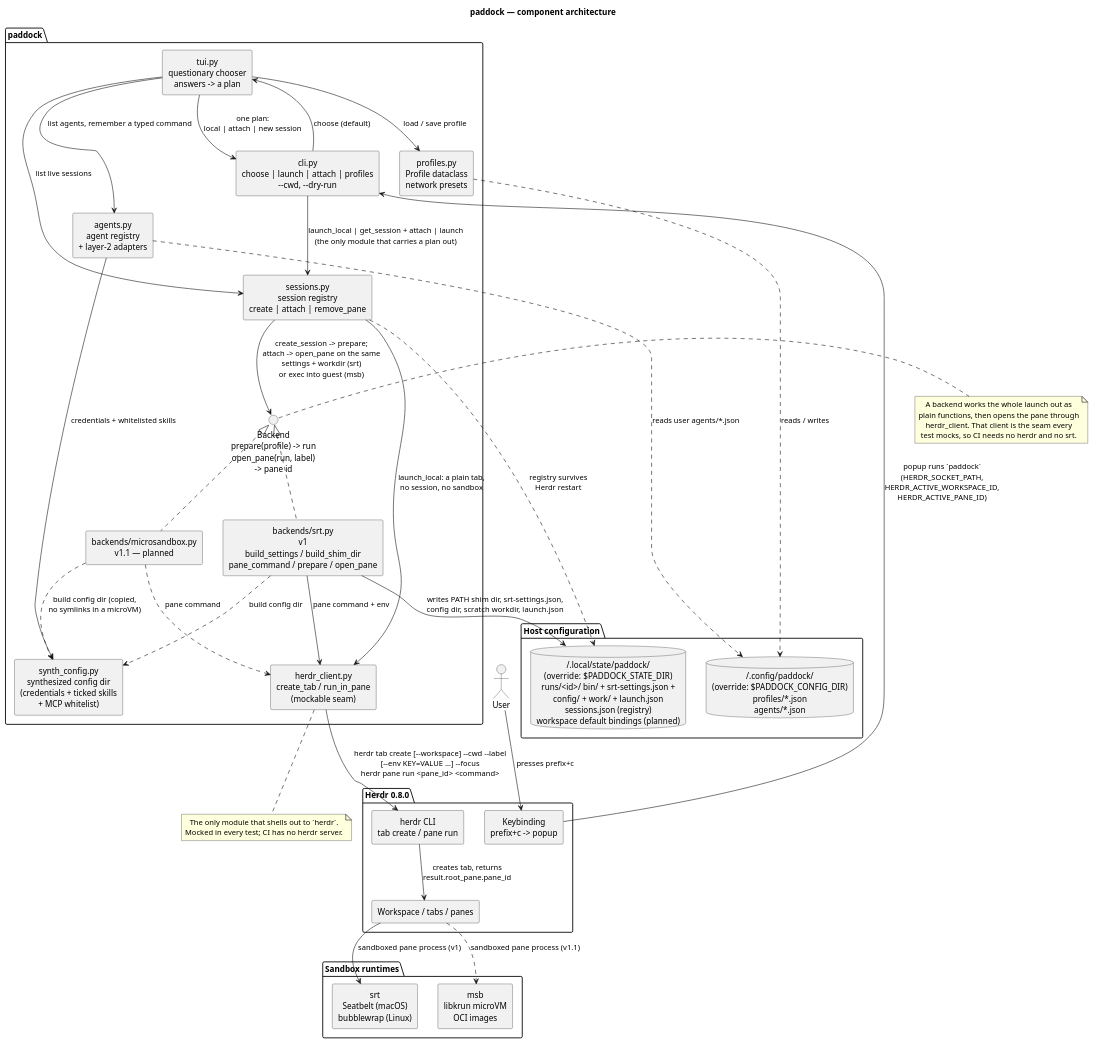
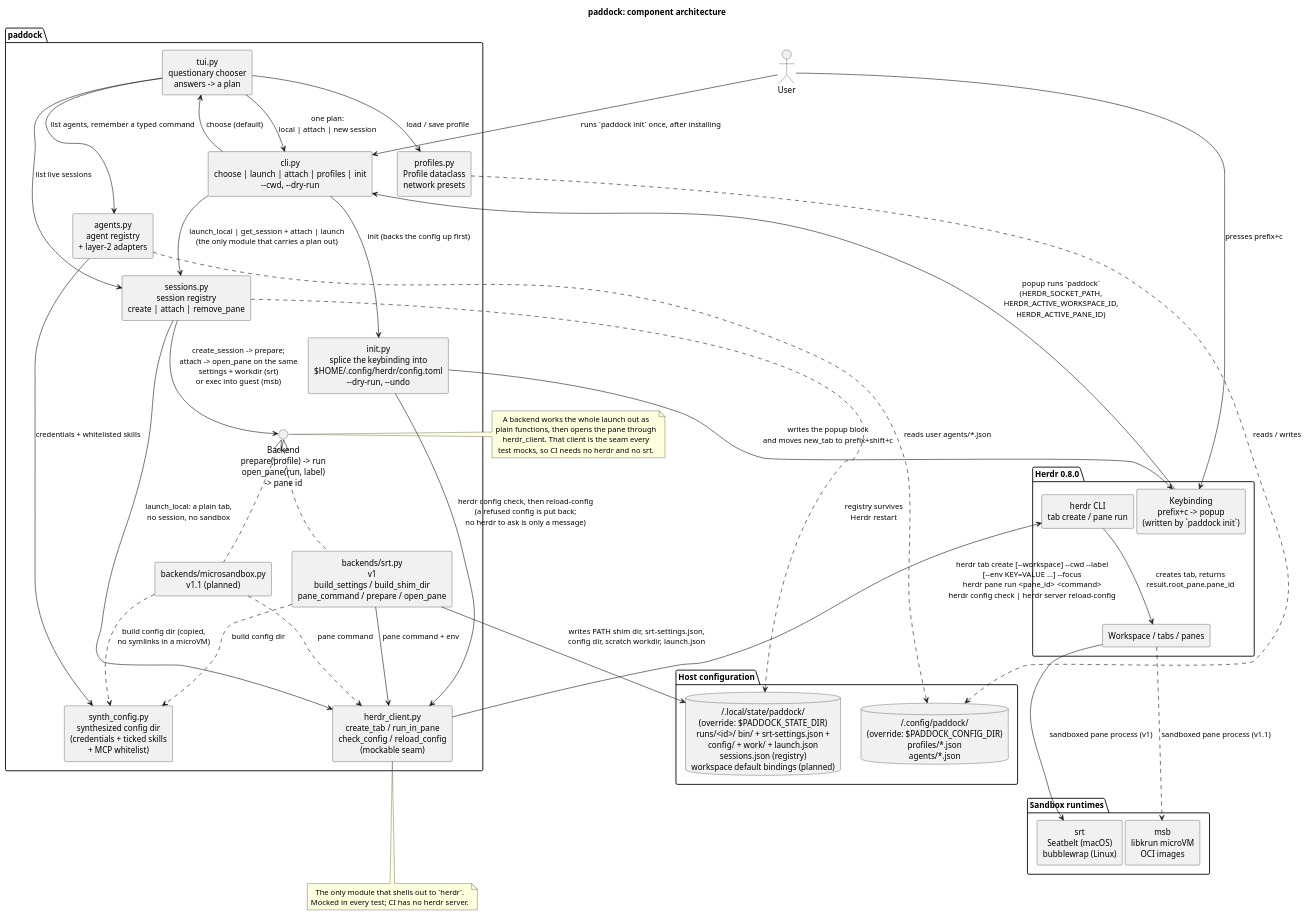
One commit to paddock-sh/paddock changed the diagram in docs/diagrams/architecture.puml. Above: the diagram before and after it, drawn with PlantUML. The commit also changed 27 other files, not shown here.

First line of the commit message:
[sandbox_core_launcher] paddock init (#5)

```diff
--- a/docs/diagrams/architecture.puml
+++ b/docs/diagrams/architecture.puml
@@ -1,80 +1,85 @@
 @startuml architecture
-title paddock — component architecture
+title paddock: component architecture
 
 skinparam componentStyle rectangle
 skinparam shadowing false
 skinparam defaultTextAlignment center
 
 actor User
 
 package "Herdr 0.8.0" {
-  [Keybinding\nprefix+c -> popup] as Keybinding
+  [Keybinding\nprefix+c -> popup\n(written by `paddock init`)] as Keybinding
   [herdr CLI\ntab create / pane run] as HerdrCLI
   [Workspace / tabs / panes] as HerdrUI
 }
 
 package "paddock" {
-  [cli.py\nchoose | launch | attach | profiles\n~--cwd, ~--dry-run] as CLI
+  [cli.py\nchoose | launch | attach | profiles | init\n~--cwd, ~--dry-run] as CLI
+  [init.py\nsplice the keybinding into\n$HOME/.config/herdr/config.toml\n~--dry-run, ~--undo] as Init
   [tui.py\nquestionary chooser\nanswers -> a plan] as TUI
   [sessions.py\nsession registry\ncreate | attach | remove_pane] as Sessions
   [profiles.py\nProfile dataclass\nnetwork presets] as Profiles
   [agents.py\nagent registry\n+ layer-2 adapters] as Agents
   [synth_config.py\nsynthesized config dir\n(credentials + ticked skills\n+ MCP whitelist)] as SynthConfig
   interface "Backend\nprepare(profile) -> run\nopen_pane(run, label)\n-> pane id" as BackendAPI
   [backends/srt.py\nv1\nbuild_settings / build_shim_dir\npane_command / prepare / open_pane] as SrtBackend
-  [backends/microsandbox.py\nv1.1 — planned] as MsbBackend
-  [herdr_client.py\ncreate_tab / run_in_pane\n(mockable seam)] as HerdrClient
+  [backends/microsandbox.py\nv1.1 (planned)] as MsbBackend
+  [herdr_client.py\ncreate_tab / run_in_pane\ncheck_config / reload_config\n(mockable seam)] as HerdrClient
 }
 
 package "Host configuration" {
   database "~/.config/paddock/\n(override: $PADDOCK_CONFIG_DIR)\nprofiles/*.json\nagents/*.json" as ConfigFiles
   database "~/.local/state/paddock/\n(override: $PADDOCK_STATE_DIR)\nruns/<id>/ bin/ + srt-settings.json +\nconfig/ + work/ + launch.json\nsessions.json (registry)\nworkspace default bindings (planned)" as RunDir
 }
 
 package "Sandbox runtimes" {
   [srt\nSeatbelt (macOS)\nbubblewrap (Linux)] as Srt
   [msb\nlibkrun microVM\nOCI images] as Msb
 }
 
+User --> CLI : runs `paddock init` once, after installing
+CLI --> Init : init (backs the config up first)
+Init --> Keybinding : writes the popup block\nand moves new_tab to prefix+shift+c
+Init --> HerdrClient : herdr config check, then reload-config\n(a refused config is put back;\nno herdr to ask is only a message)
 User --> Keybinding : presses prefix+c
 Keybinding --> CLI : popup runs `paddock`\n(HERDR_SOCKET_PATH,\nHERDR_ACTIVE_WORKSPACE_ID,\nHERDR_ACTIVE_PANE_ID)
 CLI --> TUI : choose (default)
 TUI --> CLI : one plan:\nlocal | attach | new session
 TUI --> Profiles : load / save profile
 TUI --> Agents : list agents, remember a typed command
 TUI --> Sessions : list live sessions
 Sessions ..> RunDir : registry survives\nHerdr restart
 Profiles ..> ConfigFiles : reads / writes
 Agents ..> ConfigFiles : reads user agents/*.json
 
 CLI --> Sessions : launch_local | get_session + attach | launch\n(the only module that carries a plan out)
 BackendAPI <|.. SrtBackend
 BackendAPI <|.. MsbBackend
 
 SrtBackend --> RunDir : writes PATH shim dir, srt-settings.json,\nconfig dir, scratch workdir, launch.json
 Sessions --> BackendAPI : create_session -> prepare;\nattach -> open_pane on the same\nsettings + workdir (srt)\nor exec into guest (msb)
 Sessions --> HerdrClient : launch_local: a plain tab,\nno session, no sandbox
 SrtBackend ..> SynthConfig : build config dir
 MsbBackend ..> SynthConfig : build config dir (copied,\nno symlinks in a microVM)
 Agents --> SynthConfig : credentials + whitelisted skills
 
 SrtBackend --> HerdrClient : pane command + env
 MsbBackend ..> HerdrClient : pane command
-HerdrClient --> HerdrCLI : herdr tab create [~--workspace] ~--cwd ~--label\n[~--env KEY=VALUE ...] ~--focus\nherdr pane run <pane_id> <command>
+HerdrClient --> HerdrCLI : herdr tab create [~--workspace] ~--cwd ~--label\n[~--env KEY=VALUE ...] ~--focus\nherdr pane run <pane_id> <command>\nherdr config check | herdr server reload-config
 HerdrCLI --> HerdrUI : creates tab, returns\nresult.root_pane.pane_id
 HerdrUI --> Srt : sandboxed pane process (v1)
 HerdrUI ..> Msb : sandboxed pane process (v1.1)
 
 note right of BackendAPI
   A backend works the whole launch out as
   plain functions, then opens the pane through
   herdr_client. That client is the seam every
   test mocks, so CI needs no herdr and no srt.
 end note
 
 note bottom of HerdrClient
   The only module that shells out to `herdr`.
   Mocked in every test; CI has no herdr server.
 end note
 
 @enduml
```
